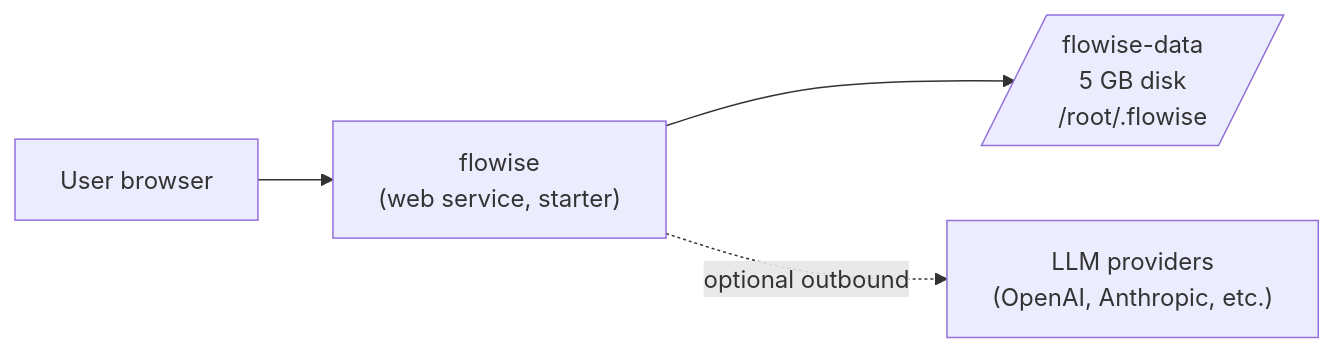
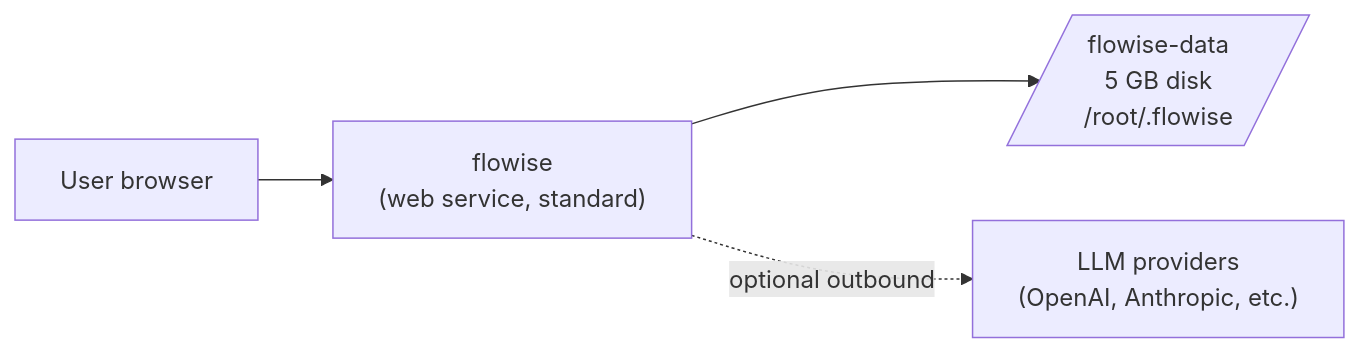
The diagram in README.md (render-examples/flowise-render-template), drawn with Mermaid before and after one commit. The commit also changed other lines of this file and 1 other file, not shown here.

First line of the commit message:
Bump plan to standard so Flowise can actually start

````diff
--- a/README.md
+++ b/README.md
@@ -51,6 +51,6 @@
 ```mermaid
 flowchart LR
-  user["User browser"] --> web["flowise<br/>(web service, starter)"]
+  user["User browser"] --> web["flowise<br/>(web service, standard)"]
   web --> disk[/"flowise-data<br/>5 GB disk<br/>/root/.flowise"/]
   web -.->|optional outbound| llm["LLM providers<br/>(OpenAI, Anthropic, etc.)"]
 ```
````
